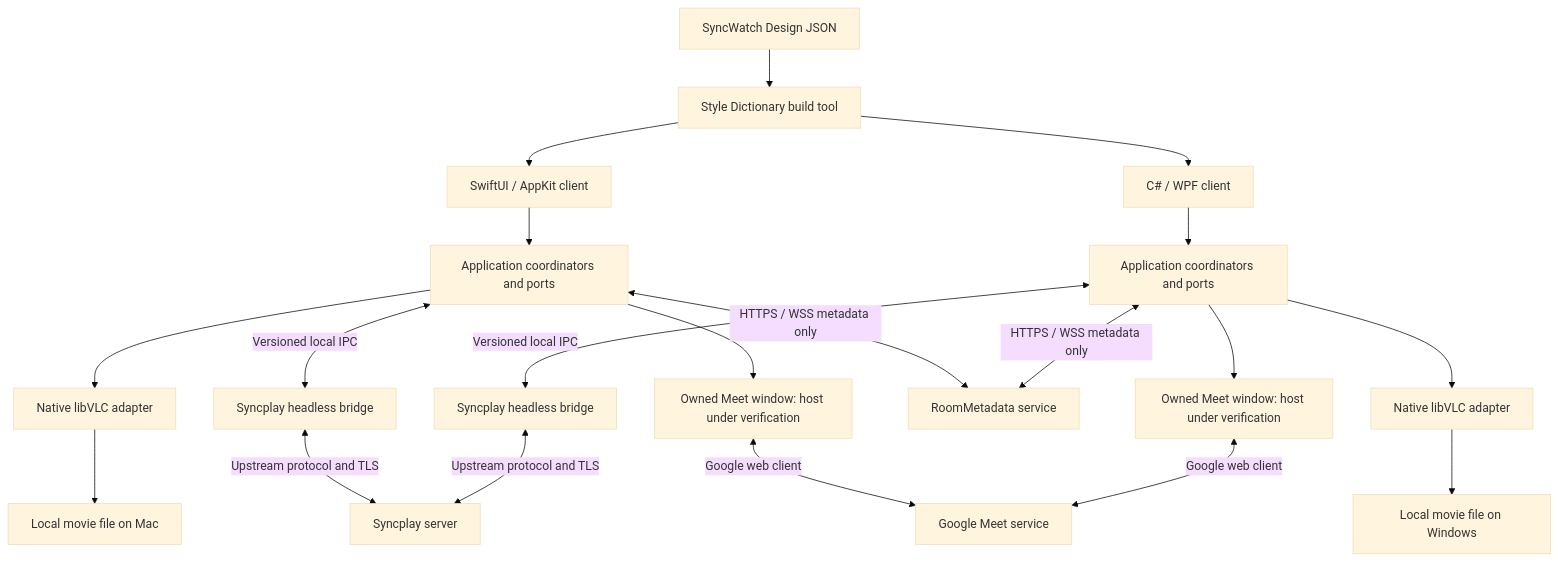
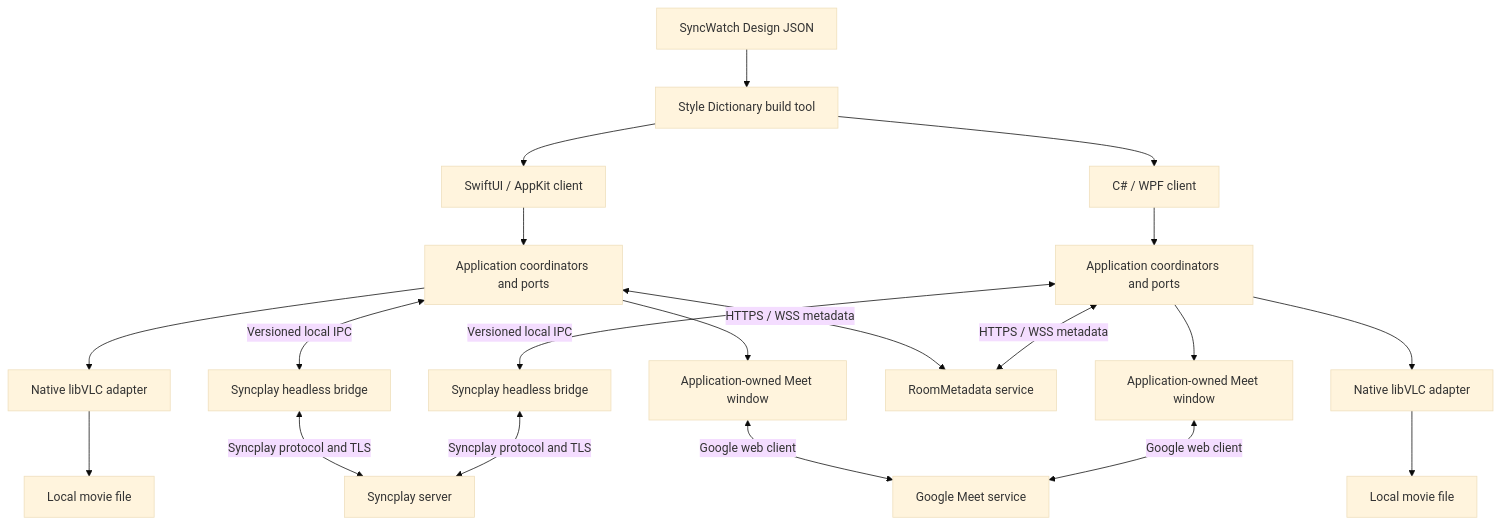
One commit to allnes/syncwatch-2 changed the first of 2 diagrams in docs/architecture/README.md. Above: the diagram before and after it, drawn with Mermaid (base theme). The commit also changed other lines of this file and 16 other files, not shown here.

````diff
--- a/docs/architecture/README.md
+++ b/docs/architecture/README.md
@@ -25,25 +23,22 @@
 ```mermaid
 flowchart TB
     D[SyncWatch Design JSON] --> G[Style Dictionary build tool]
     G --> A[SwiftUI / AppKit client]
     G --> W[C# / WPF client]
-
     A --> CA[Application coordinators and ports]
     W --> CW[Application coordinators and ports]
     CA --> VA[Native libVLC adapter]
     CW --> VW[Native libVLC adapter]
-    VA --> FA[Local movie file on Mac]
-    VW --> FW[Local movie file on Windows]
-
+    VA --> FA[Local movie file]
+    VW --> FW[Local movie file]
     CA <-->|Versioned local IPC| SA[Syncplay headless bridge]
     CW <-->|Versioned local IPC| SW[Syncplay headless bridge]
-    SA <-->|Upstream protocol and TLS| SS[Syncplay server]
-    SW <-->|Upstream protocol and TLS| SS
-
-    CA <-->|HTTPS / WSS metadata only| R[RoomMetadata service]
-    CW <-->|HTTPS / WSS metadata only| R
-    CA --> MA[Owned Meet window: host under verification]
-    CW --> MW[Owned Meet window: host under verification]
+    SA <-->|Syncplay protocol and TLS| SS[Syncplay server]
+    SW <-->|Syncplay protocol and TLS| SS
+    CA <-->|HTTPS / WSS metadata| R[RoomMetadata service]
+    CW <-->|HTTPS / WSS metadata| R
+    CA --> MA[Application-owned Meet window]
+    CW --> MW[Application-owned Meet window]
     MA <-->|Google web client| M[Google Meet service]
     MW <-->|Google web client| M
 ```
````
